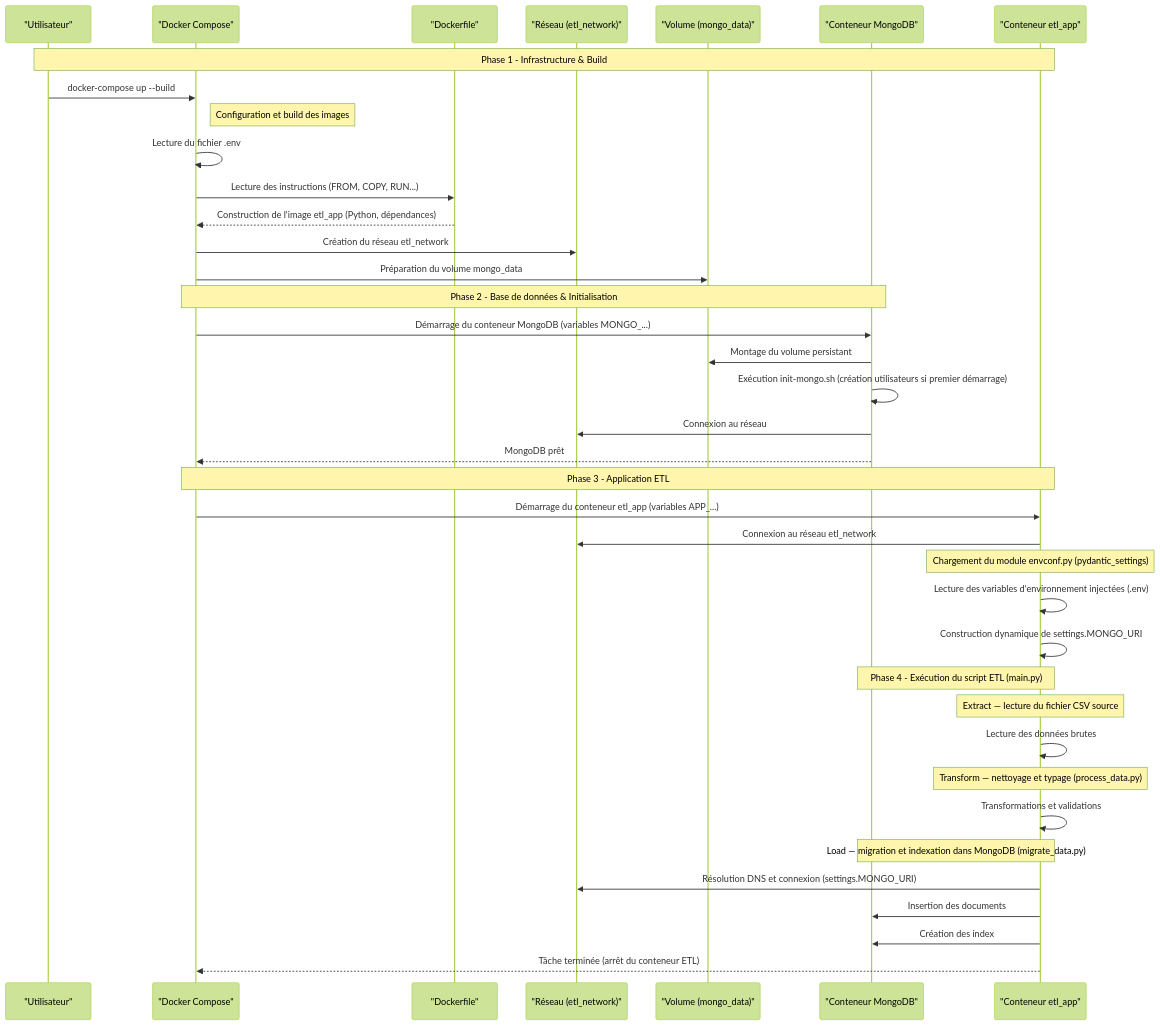
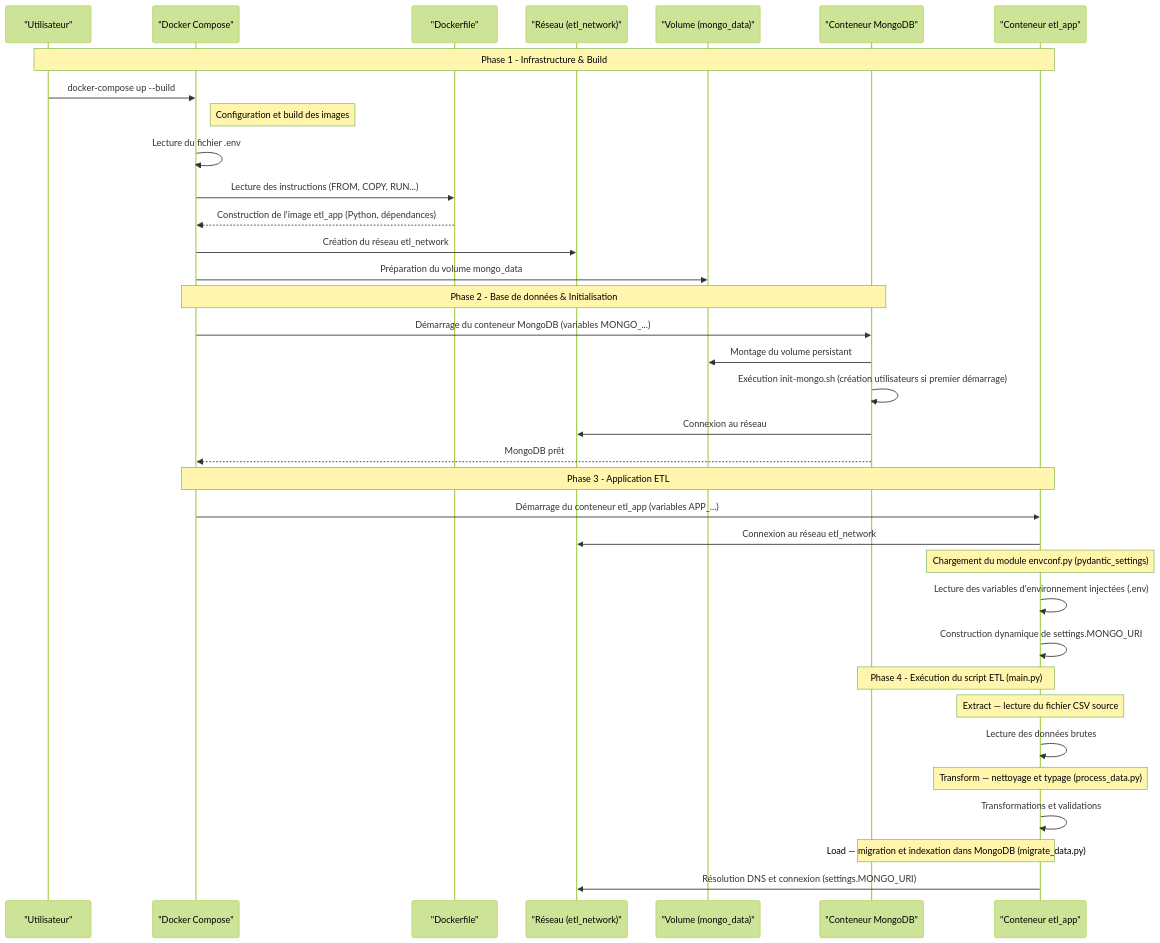
The diagram in README.md (PierreDff/OC_DE_projet5), drawn with Mermaid (forest theme) before and after one commit.

````diff
--- a/README.md
+++ b/README.md
@@ -145,50 +145,46 @@
 ```mermaid
 sequenceDiagram
     participant Utilisateur as "Utilisateur"
     participant Docker as "Docker Compose"
     participant Dockerfile as "Dockerfile"
     participant Net as "Réseau (etl_network)"
     participant Volume as "Volume (mongo_data)"
     participant Mongo as "Conteneur MongoDB"
     participant ETL as "Conteneur etl_app"
 
     Note over Utilisateur,ETL: Phase 1 - Infrastructure & Build
     Utilisateur->>Docker: docker-compose up --build
 
     Note right of Docker: Configuration et build des images
     Docker->>Docker: Lecture du fichier .env
     Docker->>Dockerfile: Lecture des instructions (FROM, COPY, RUN...)
     Dockerfile-->>Docker: Construction de l'image etl_app (Python, dépendances)
 
     Docker->>Net: Création du réseau etl_network
     Docker->>Volume: Préparation du volume mongo_data
 
     Note over Docker,Mongo: Phase 2 - Base de données & Initialisation
     Docker->>Mongo: Démarrage du conteneur MongoDB (variables MONGO_...)
     Mongo->>Volume: Montage du volume persistant
     Mongo->>Mongo: Exécution init-mongo.sh (création utilisateurs si premier démarrage)
     Mongo->>Net: Connexion au réseau
     Mongo-->>Docker: MongoDB prêt
 
     Note over Docker,ETL: Phase 3 - Application ETL
     Docker->>ETL: Démarrage du conteneur etl_app (variables APP_...)
     ETL->>Net: Connexion au réseau etl_network
 
     Note over ETL: Chargement du module envconf.py (pydantic_settings)
     ETL->>ETL: Lecture des variables d'environnement injectées (.env)
     ETL->>ETL: Construction dynamique de settings.MONGO_URI
 
     Note over ETL,Mongo: Phase 4 - Exécution du script ETL (main.py)
     Note over ETL: Extract — lecture du fichier CSV source
     ETL->>ETL: Lecture des données brutes
 
     Note over ETL: Transform — nettoyage et typage (process_data.py)
     ETL->>ETL: Transformations et validations
 
     Note over ETL,Mongo: Load — migration et indexation dans MongoDB (migrate_data.py)
     ETL->>Net: Résolution DNS et connexion (settings.MONGO_URI)
-    ETL->>Mongo: Insertion des documents
-    ETL->>Mongo: Création des index
-
-    ETL-->>Docker: Tâche terminée (arrêt du conteneur ETL)
 ```
````
